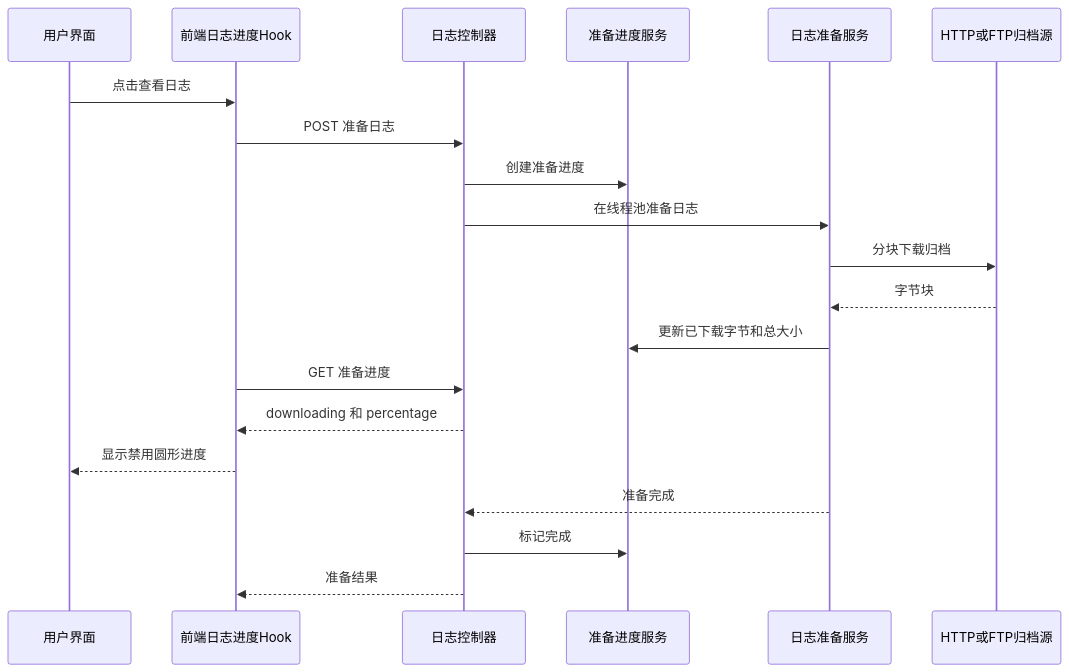
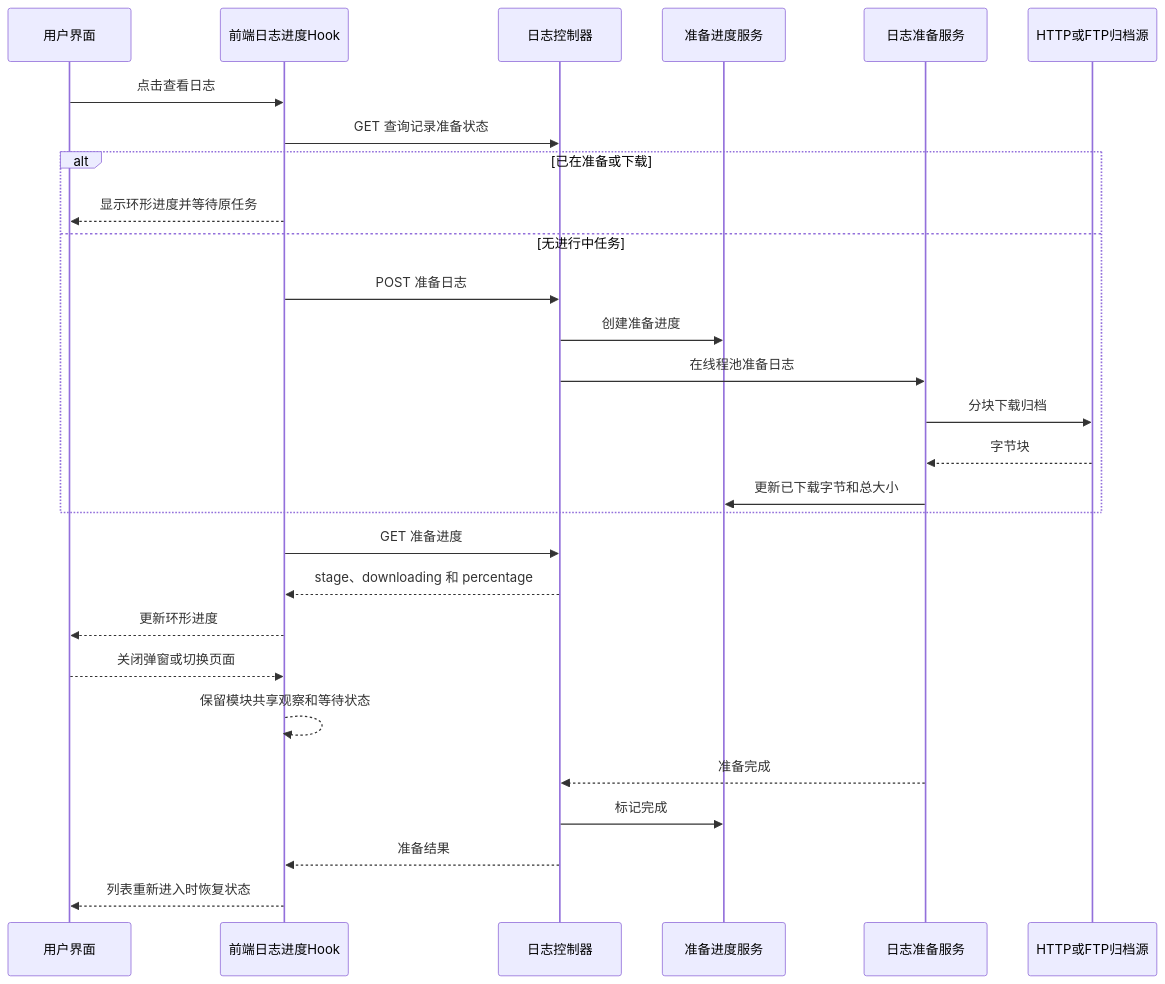
Before and after one commit to diaodeng/ApiTestPlatform: the diagram in wiki/flows/ticket-log-record-isolated-view.md, drawn with Mermaid. The commit also changed other lines of this file and 10 other files, not shown here.

````diff
--- a/wiki/flows/ticket-log-record-isolated-view.md
+++ b/wiki/flows/ticket-log-record-isolated-view.md
@@ -51,23 +51,31 @@
 ```mermaid
 sequenceDiagram
   participant U as 用户界面
   participant W as 前端日志进度Hook
   participant C as 日志控制器
   participant P as 准备进度服务
   participant S as 日志准备服务
   participant R as HTTP或FTP归档源
 
   U->>W: 点击查看日志
-  W->>C: POST 准备日志
-  C->>P: 创建准备进度
-  C->>S: 在线程池准备日志
-  S->>R: 分块下载归档
-  R-->>S: 字节块
-  S->>P: 更新已下载字节和总大小
+  W->>C: GET 查询记录准备状态
+  alt 已在准备或下载
+    W-->>U: 显示环形进度并等待原任务
+  else 无进行中任务
+    W->>C: POST 准备日志
+    C->>P: 创建准备进度
+    C->>S: 在线程池准备日志
+    S->>R: 分块下载归档
+    R-->>S: 字节块
+    S->>P: 更新已下载字节和总大小
+  end
   W->>C: GET 准备进度
-  C-->>W: downloading 和 percentage
-  W-->>U: 显示禁用圆形进度
+  C-->>W: stage、downloading 和 percentage
+  W-->>U: 更新环形进度
+  U-->>W: 关闭弹窗或切换页面
+  W-->>W: 保留模块共享观察和等待状态
   S-->>C: 准备完成
   C->>P: 标记完成
   C-->>W: 准备结果
+  W-->>U: 列表重新进入时恢复状态
 ```
````
